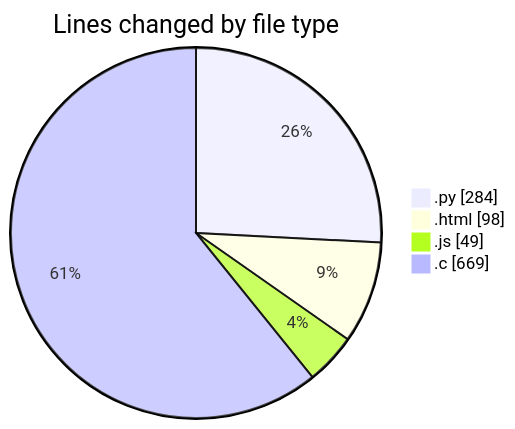
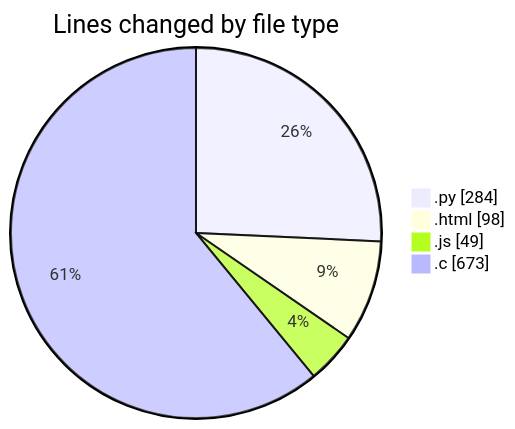
The first of 2 diagrams in 2025-01-21/projects/README.md (Ritupan-Deka/code-tracking), drawn with Mermaid before and after one commit. The commit also changed other lines of this file and 1 other file, not shown here.

````diff
--- a/2025-01-21/projects/README.md
+++ b/2025-01-21/projects/README.md
@@ -31,8 +31,8 @@
 ```mermaid
 pie showData
 title Lines changed by file type
 ".py" : 284
 ".html" : 98
 ".js" : 49
-".c" : 669
+".c" : 673
 ```
````
